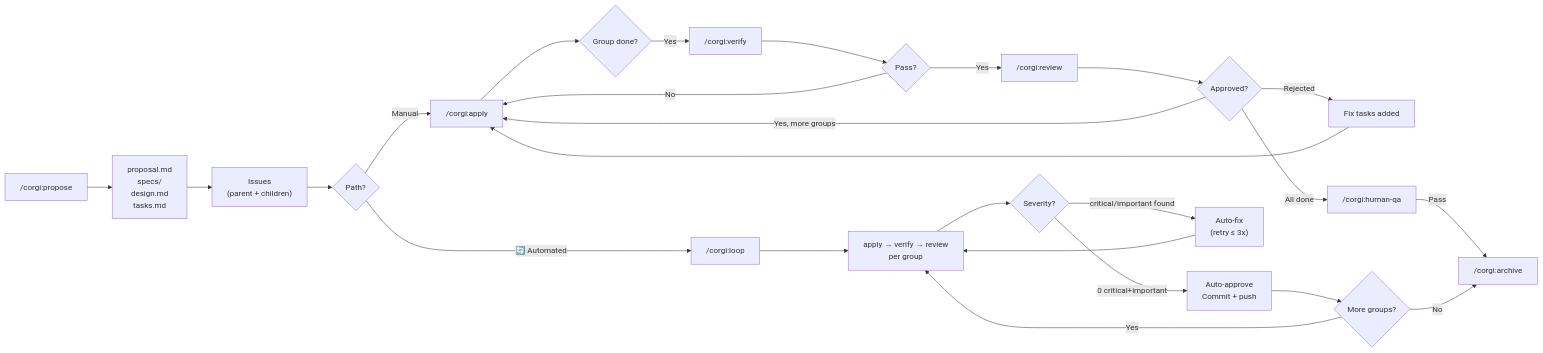
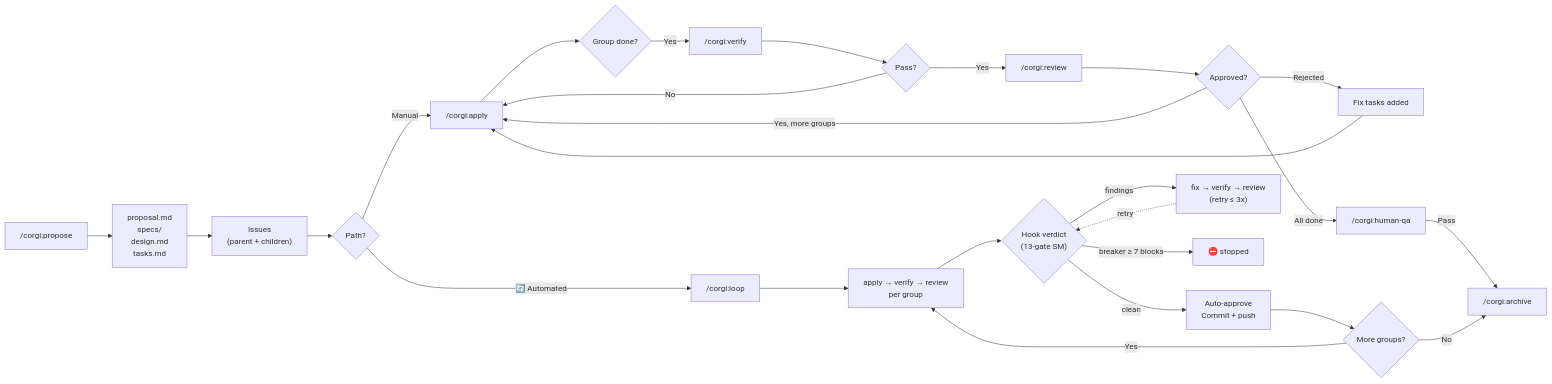
One commit to ricoyudog/Coding_Corgi_flow changed the first of 2 diagrams in README.md. Above: the diagram before and after it, drawn with Mermaid. The commit also changed other lines of this file, not shown here.

Commit message:
vault backup: 2026-06-12 17:20:49

````diff
--- a/README.md
+++ b/README.md
@@ -40,28 +40,29 @@
 ```mermaid
 flowchart LR
     A["/corgi:propose"] --> B["proposal.md\nspecs/\ndesign.md\ntasks.md"]
     B --> C["Issues\n(parent + children)"]
     C --> D{"Path?"}
     D -->|"Manual"| E["/corgi:apply"]
     E --> F{"Group done?"}
     F -->|Yes| G["/corgi:verify"]
     G --> H{"Pass?"}
     H -->|No| E
     H -->|Yes| I["/corgi:review"]
     I --> J{"Approved?"}
     J -->|"Yes, more groups"| E
     J -->|Rejected| K["Fix tasks added"]
     K --> E
     J -->|"All done"| L["/corgi:human-qa"]
     L -->|Pass| M["/corgi:archive"]
     
     D -->|"🔄 Automated"| N["/corgi:loop"]
     N --> O["apply → verify → review\nper group"]
-    O --> P{"Severity?"}
-    P -->|"0 critical+important"| Q["Auto-approve\nCommit + push"]
+    O --> P{"Hook verdict\n(13-gate SM)"}
+    P -->|"clean"| Q["Auto-approve\nCommit + push"]
     Q --> R{"More groups?"}
     R -->|Yes| O
     R -->|No| M
-    P -->|"critical/important found"| S["Auto-fix\n(retry ≤ 3x)"]
-    S --> O
+    P -->|"findings"| S["fix → verify → review\n(retry ≤ 3x)"]
+    S -.->|"retry"| P
+    P -->|"breaker ≥ 7 blocks"| T["⛔ stopped"]
 ```
````
